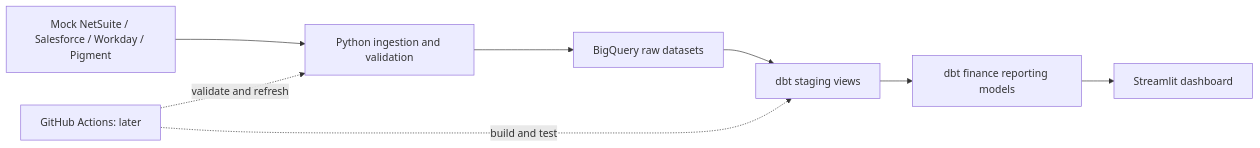
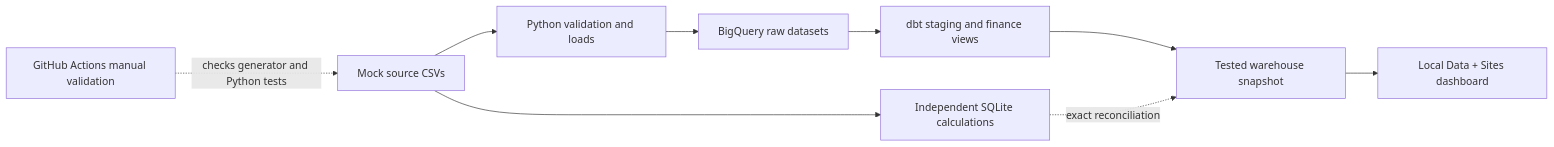
The diagram in README.md (jmperry15-hash/saas-finance-data-platform-codex), drawn with Mermaid before and after one commit. The commit also changed other lines of this file and 281 other files, not shown here.

Commit message:
Add verified dashboard and full refresh pipeline with offline CI checks

````diff
--- a/README.md
+++ b/README.md
@@ -42,10 +28,11 @@
 ```mermaid
 flowchart LR
-    A[Mock NetSuite / Salesforce / Workday / Pigment] --> B[Python ingestion and validation]
+    A[Mock source CSVs] --> B[Python validation and loads]
     B --> C[BigQuery raw datasets]
-    C --> D[dbt staging views]
-    D --> E[dbt finance reporting models]
-    E --> F[Streamlit dashboard]
-    G[GitHub Actions: later] -. validate and refresh .-> B
-    G -. build and test .-> D
+    C --> D[dbt staging and finance views]
+    D --> F[Tested warehouse snapshot]
+    A --> E[Independent SQLite calculations]
+    E -. exact reconciliation .-> F
+    F --> G[Local Data + Sites dashboard]
+    H[GitHub Actions manual validation] -. checks generator and Python tests .-> A
 ```
````
